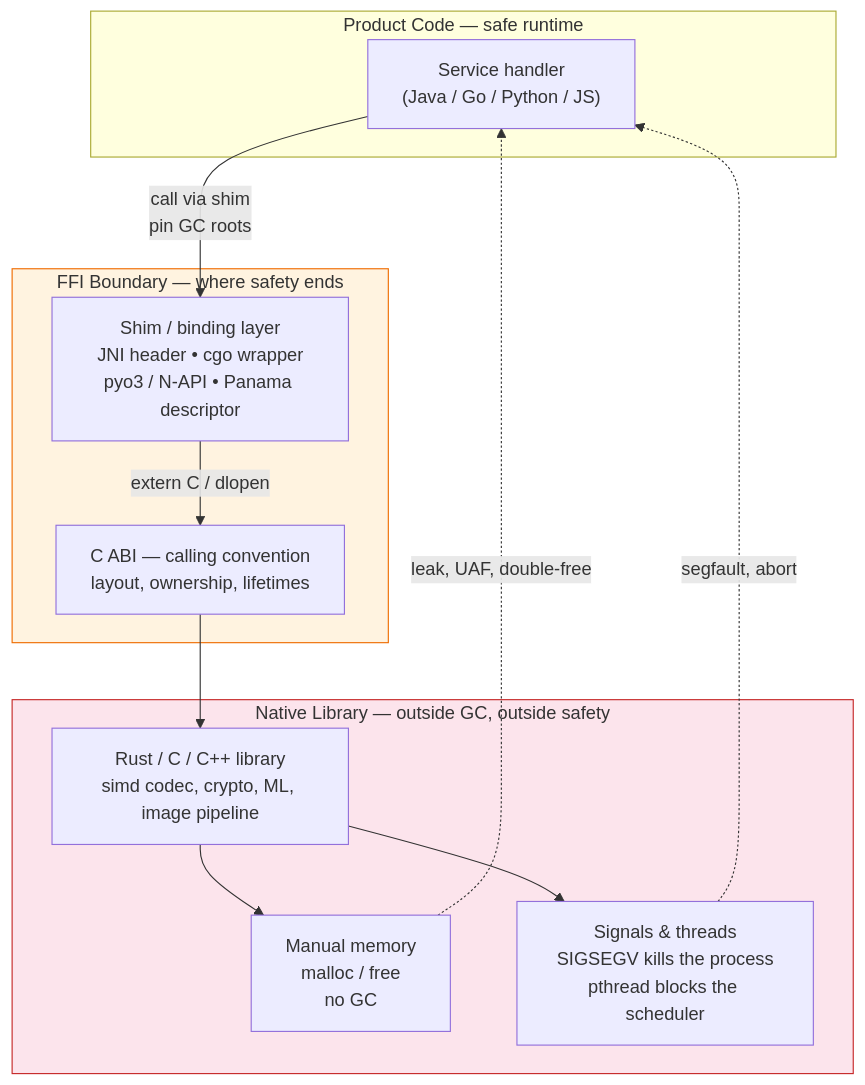
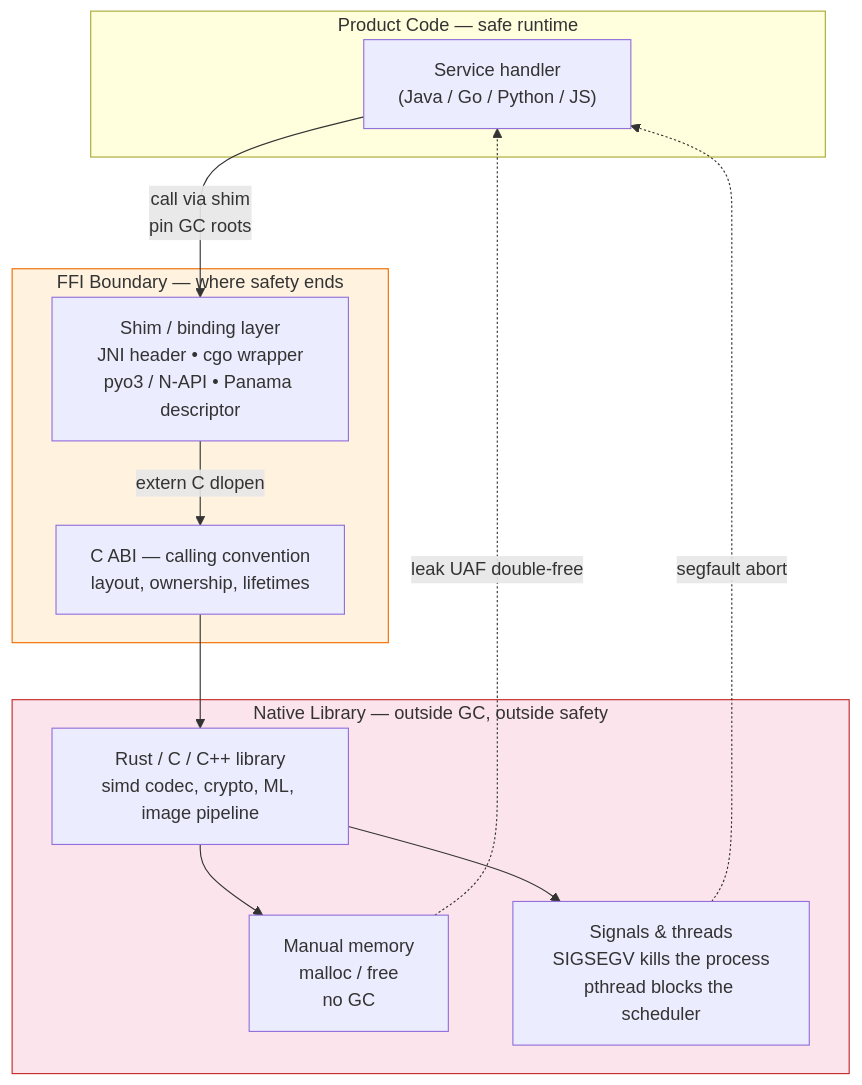
One commit to bumbsclaw/textbooks changed the first of 7 diagrams in vol-13-runtimes/ch08-ffi.md. Above: the diagram before and after it, drawn with Mermaid. The commit also changed other lines of this file and 173 other files, not shown here.

First line of the commit message:
fix(mermaid): close note brackets, semicolons in Notes, stateDiagram br -> dash, edge parens

````diff
--- a/vol-13-runtimes/ch08-ffi.md
+++ b/vol-13-runtimes/ch08-ffi.md
@@ -22,24 +22,24 @@
 ```mermaid
 flowchart TB
     subgraph ProductCode["Product Code — safe runtime"]
         APP["Service handler\n(Java / Go / Python / JS)"]
     end
     subgraph Boundary["FFI Boundary — where safety ends"]
         SHIM["Shim / binding layer<br/>JNI header • cgo wrapper<br/>pyo3 / N-API • Panama descriptor"]
         ABI["C ABI — calling convention<br/>layout, ownership, lifetimes"]
     end
     subgraph NativeLib["Native Library — outside GC, outside safety"]
         LIB["Rust / C / C++ library<br/>simd codec, crypto, ML, image pipeline"]
         MEM["Manual memory<br/>malloc / free<br/>no GC"]
         SIG["Signals & threads<br/>SIGSEGV kills the process<br/>pthread blocks the scheduler"]
     end
-    APP -->|"call via shim<br/>pin GC roots"| SHIM -->|"extern C / dlopen"| ABI --> LIB
+    APP -->|"call via shim<br >pin GC roots"| SHIM -->|"extern C dlopen"| ABI --> LIB
     LIB --> MEM
     LIB --> SIG
 
-    SIG -.->|"segfault, abort"| APP
-    MEM -.->|"leak, UAF, double-free"| APP
+    SIG -.->|"segfault abort"| APP
+    MEM -.->|"leak UAF double-free"| APP
 
     style Boundary fill:#fff3e0,stroke:#ef6c00
     style NativeLib fill:#fce4ec,stroke:#c62828
 ```
````
